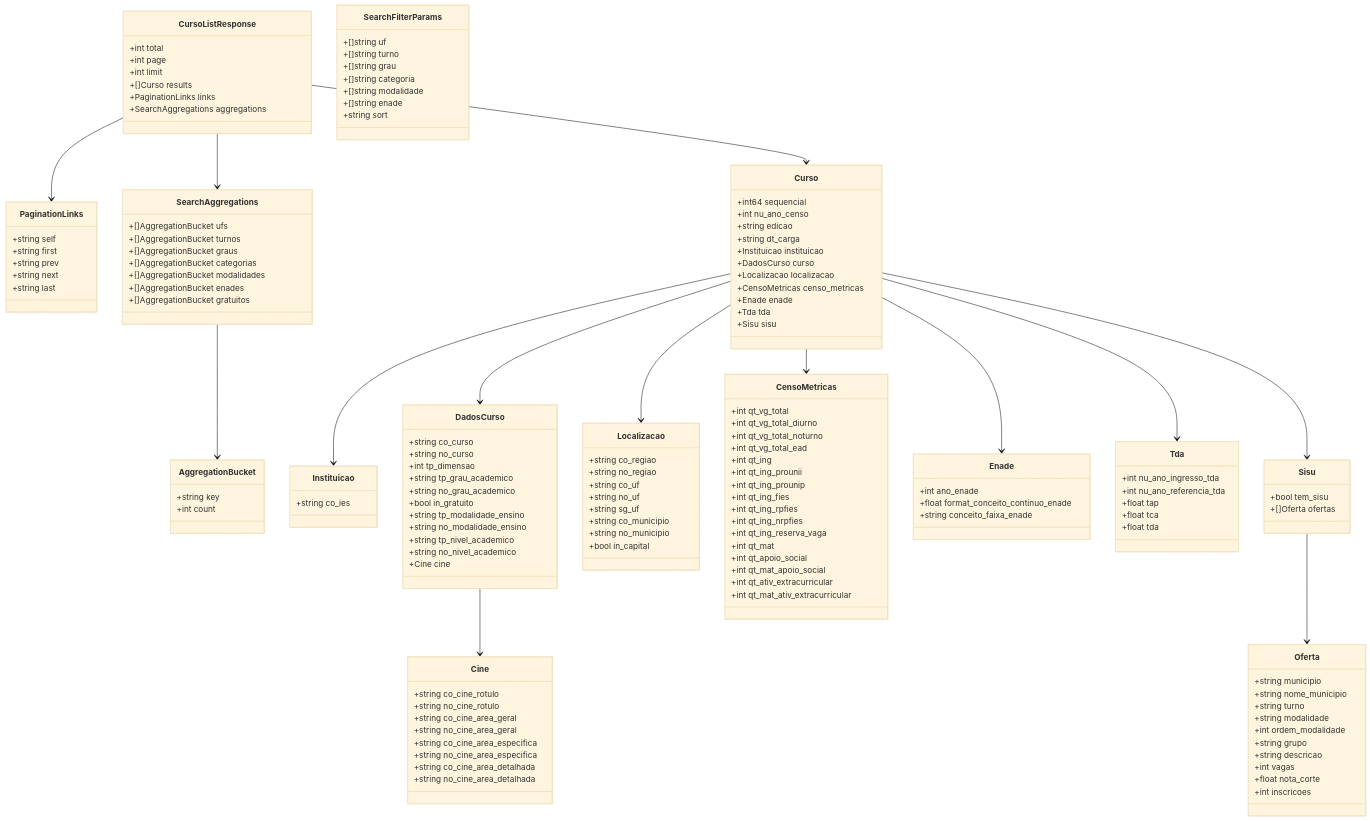
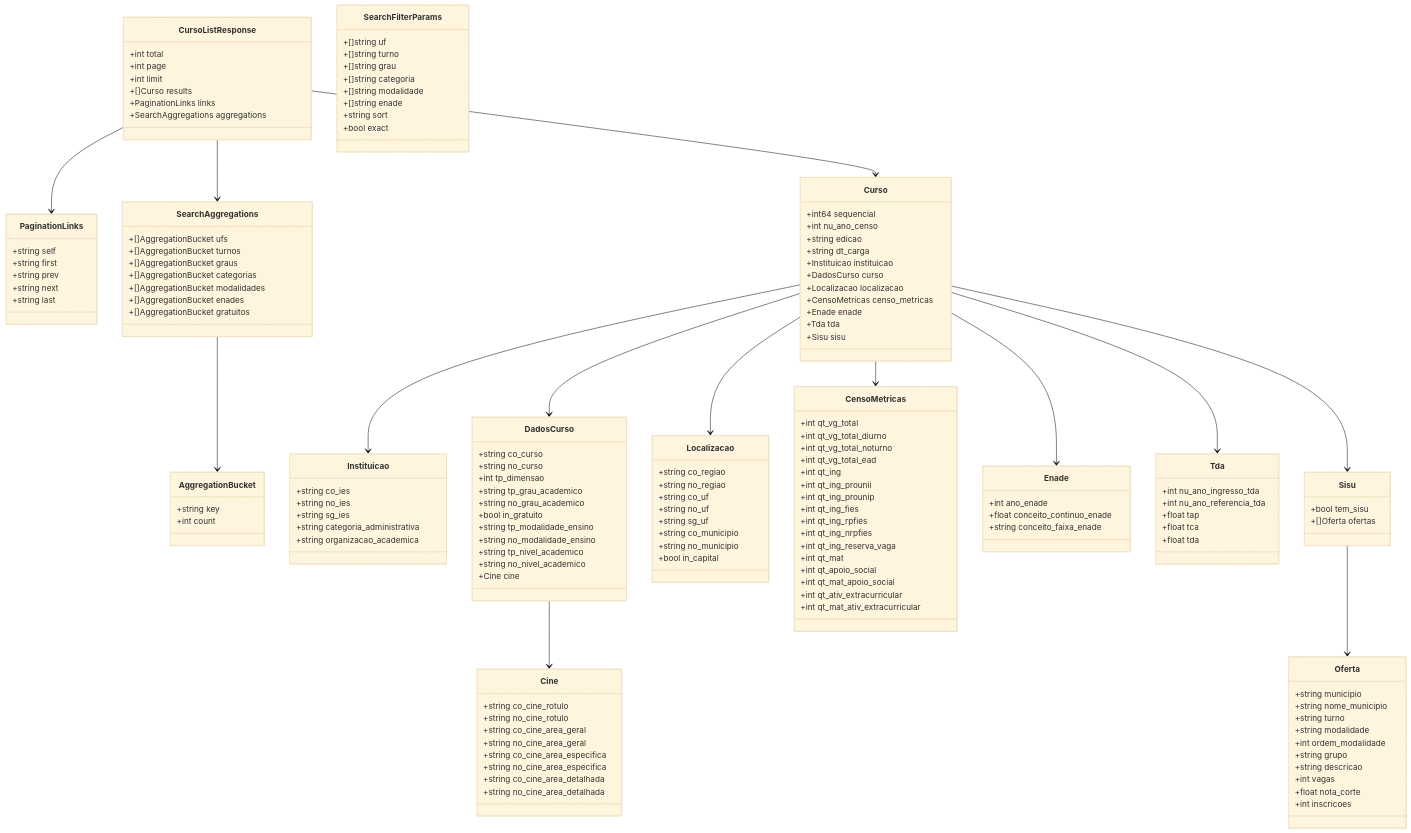
One commit to RicardoIreno/sou_estudante changed the diagram in docs/20.api.md. Above: the diagram before and after it, drawn with Mermaid (base theme). The commit also changed other lines of this file and 319 other files, not shown here.

```diff
--- a/docs/20.api.md
+++ b/docs/20.api.md
@@ -31,6 +66,7 @@
         +[]string modalidade
         +[]string enade
         +string sort
+        +bool exact
     }
 
     class SearchAggregations {
@@ -64,6 +100,10 @@
 
     class Instituicao {
         +string co_ies
+        +string no_ies
+        +string sg_ies
+        +string categoria_administrativa
+        +string organizacao_academica
     }
 
     class DadosCurso {
@@ -123,7 +163,7 @@
 
     class Enade {
         +int ano_enade
-        +float format_conceito_continuo_enade
+        +float conceito_continuo_enade
         +string conceito_faixa_enade
     }
 
```
